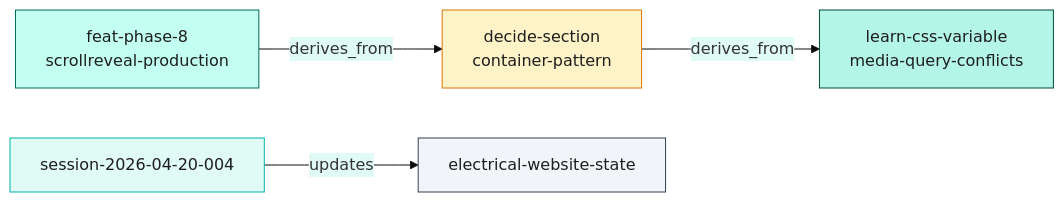
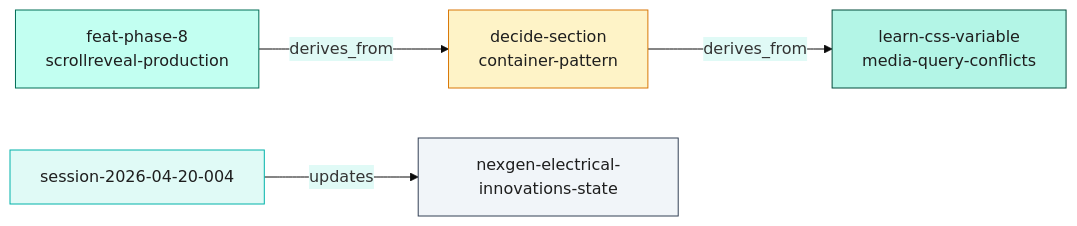
The second of 3 diagrams in archives/content/2026-04-30-blog-beyond-rag-knowledge-graphs.md (Herman-Adu/electrical-website), drawn with Mermaid before and after one commit. The commit also changed other lines of this file and 115 other files, not shown here.

First line of the commit message:
chore: rename electrical-website → nexgen-electrical-innovations (#150) (#150)

````diff
--- a/archives/content/2026-04-30-blog-beyond-rag-knowledge-graphs.md
+++ b/archives/content/2026-04-30-blog-beyond-rag-knowledge-graphs.md
@@ -80,13 +80,13 @@
 ```mermaid
 %%{init: {"theme": "base", "themeVariables": {"primaryColor": "#c2fff1", "primaryBorderColor": "#006e56", "secondaryColor": "#e0faf6", "tertiaryColor": "#fef3c7"}}}%%
 graph LR
     F["feat-phase-8\nscrollreveal-production"]:::cyan -->|derives_from| D["decide-section\ncontainer-pattern"]:::amber
     D -->|derives_from| L["learn-css-variable\nmedia-query-conflicts"]:::deep
-    SE["session-2026-04-20-004"]:::teal -->|updates| PS["electrical-website-state"]:::slate
+    SE["session-2026-04-20-004"]:::teal -->|updates| PS["nexgen-electrical-innovations-state"]:::slate
 
     classDef cyan fill:#c2fff1,stroke:#006e56,color:#1e1e1e
     classDef teal fill:#e0faf6,stroke:#00b2a9,color:#1e1e1e
     classDef deep fill:#b3f5e6,stroke:#004a3a,color:#1e1e1e
     classDef amber fill:#fef3c7,stroke:#d97706,color:#1e1e1e
     classDef slate fill:#f1f5f9,stroke:#334155,color:#1e1e1e
 ```
````
